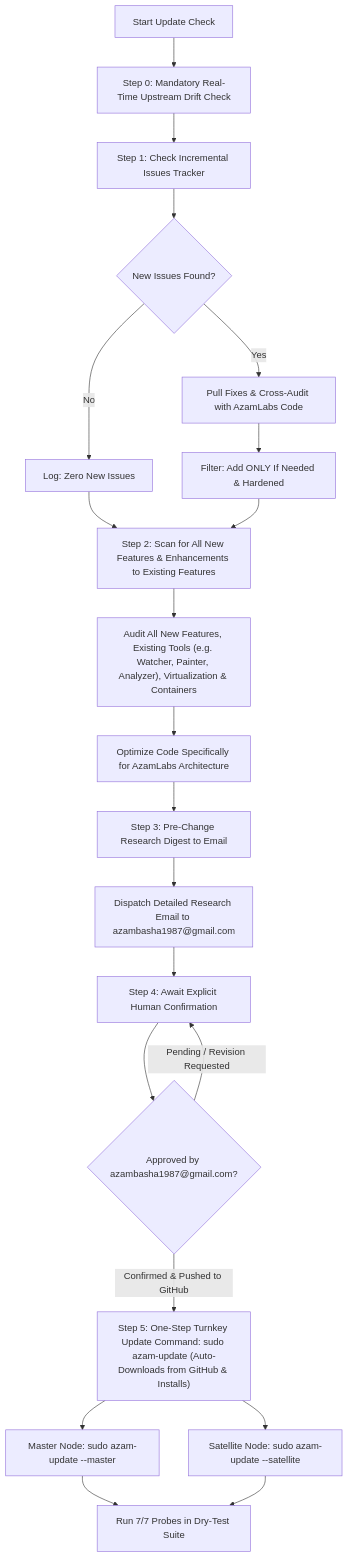
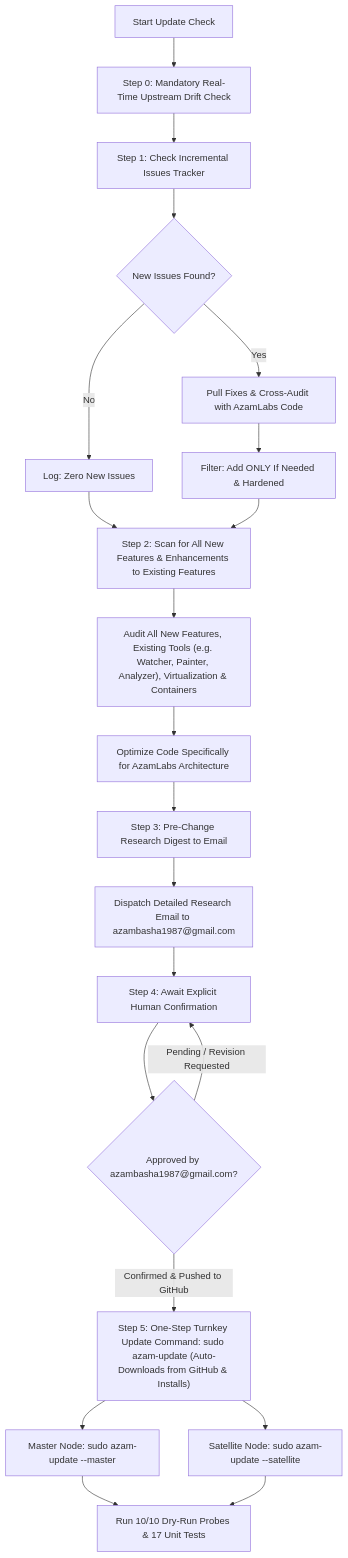
One commit to azambasha1987/MyRepo changed the diagram in AzamLabs/docs/UPDATE_CHECK_PLAN.md. Above: the diagram before and after it, drawn with Mermaid. The commit also changed other lines of this file, not shown here.

Commit message:
docs(plan): audit and enhance UPDATE_CHECK_PLAN.md with 17-test gate, anti-bootstorm, and cloud bridge safeguards

````diff
--- a/AzamLabs/docs/UPDATE_CHECK_PLAN.md
+++ b/AzamLabs/docs/UPDATE_CHECK_PLAN.md
@@ -85,23 +88,23 @@
 ```mermaid
 graph TD
     A["Start Update Check"] --> A0["Step 0: Mandatory Real-Time Upstream Drift Check"]
     A0 --> B["Step 1: Check Incremental Issues Tracker"]
     B --> C{"New Issues Found?"}
     C -->|No| D["Log: Zero New Issues"]
     C -->|Yes| E["Pull Fixes & Cross-Audit with AzamLabs Code"]
     E --> F["Filter: Add ONLY If Needed & Hardened"]
     D --> G["Step 2: Scan for All New Features & Enhancements to Existing Features"]
     F --> G
     G --> H["Audit All New Features, Existing Tools (e.g. Watcher, Painter, Analyzer), Virtualization & Containers"]
     H --> I["Optimize Code Specifically for AzamLabs Architecture"]
     I --> J["Step 3: Pre-Change Research Digest to Email"]
     J --> K["Dispatch Detailed Research Email to azambasha1987@gmail.com"]
     K --> L["Step 4: Await Explicit Human Confirmation"]
     L --> M{"Approved by azambasha1987@gmail.com?"}
     M -->|Pending / Revision Requested| L
     M -->|Confirmed & Pushed to GitHub| N["Step 5: One-Step Turnkey Update Command: sudo azam-update (Auto-Downloads from GitHub & Installs)"]
     N --> O["Master Node: sudo azam-update --master"]
     N --> P["Satellite Node: sudo azam-update --satellite"]
-    O --> Q["Run 7/7 Probes in Dry-Test Suite"]
+    O --> Q["Run 10/10 Dry-Run Probes & 17 Unit Tests"]
     P --> Q
 ```
````
